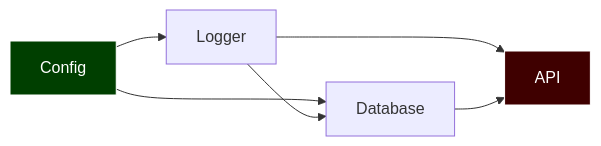
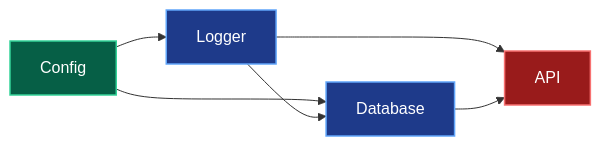
Before and after one commit to UnrealTemplier/go-textbook: the first of 2 diagrams in sources/20. Алгоритмы и структуры данных (DSA) на Go/11. Графы/4. Топологическая сортировка.md, drawn with Mermaid. The commit also changed other lines of this file, not shown here.

````diff
--- a/sources/20. Алгоритмы и структуры данных (DSA) на Go/11. Графы/4. Топологическая сортировка.md
+++ b/sources/20. Алгоритмы и структуры данных (DSA) на Go/11. Графы/4. Топологическая сортировка.md
@@ -14,11 +22,16 @@
 ```mermaid
 flowchart LR
     Config["Config"] --> Logger["Logger"]
     Config --> DB["Database"]
     Logger --> DB
     Logger --> API["API"]
     DB --> API
-    
-    style Config fill:#003f00,stroke:#fff,color:#fff
-    style API fill:#3f0000,stroke:#fff,color:#fff
+
+    classDef startNode fill:#065f46,stroke:#34d399,stroke-width:1.5px,color:#ffffff;
+    classDef endNode fill:#991b1b,stroke:#f87171,stroke-width:1.5px,color:#ffffff;
+    classDef midNode fill:#1e3a8a,stroke:#60a5fa,stroke-width:1.5px,color:#ffffff;
+
+    class Config startNode;
+    class API endNode;
+    class Logger,DB midNode;
 ```
````
